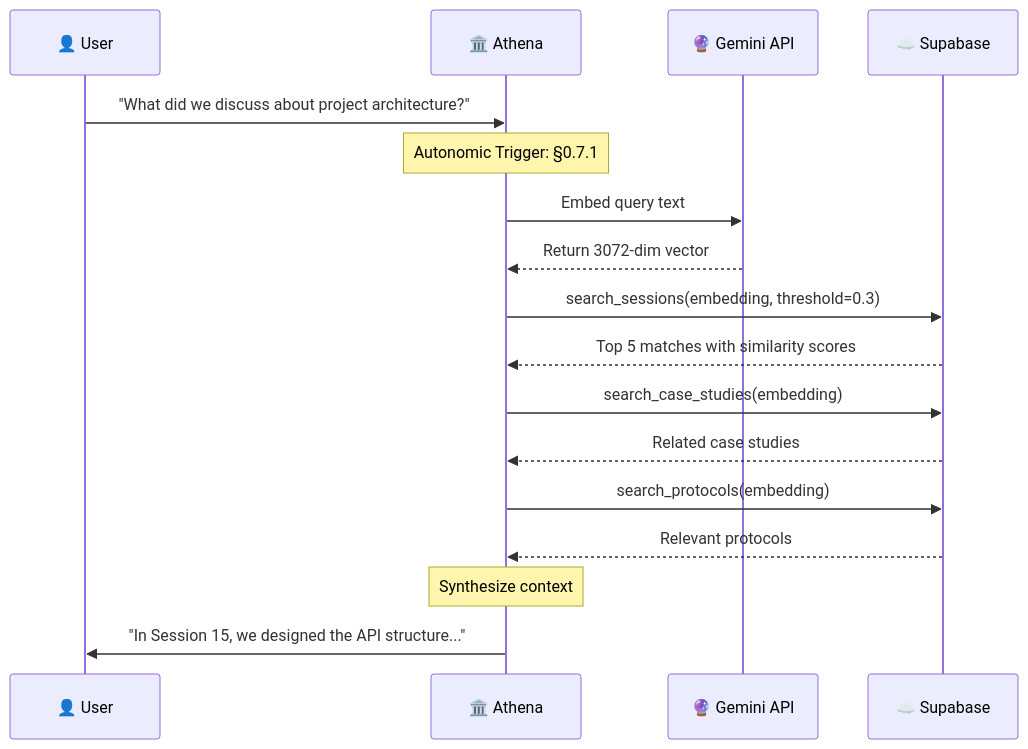
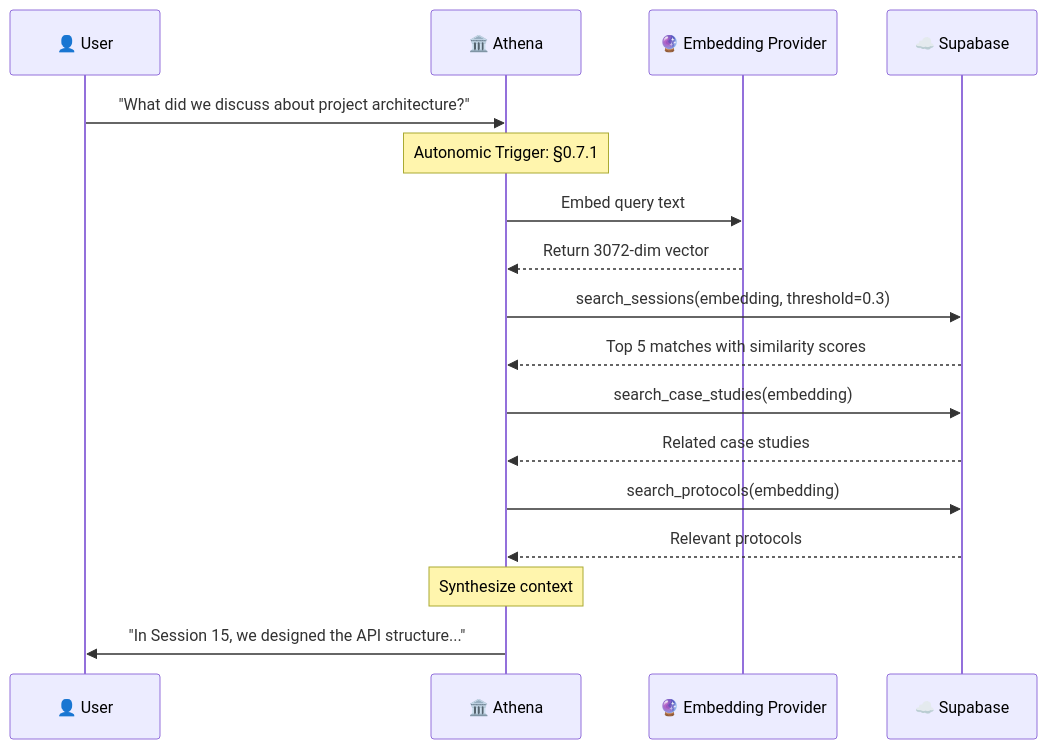
The second of 3 diagrams in docs/VECTORRAG.md (agent-memory-atlas-archive/winstonkoh87--Athena-Public), drawn with Mermaid before and after one commit. The commit also changed other lines of this file and 5 other files, not shown here.

````diff
--- a/docs/VECTORRAG.md
+++ b/docs/VECTORRAG.md
@@ -94,27 +94,27 @@
 ```mermaid
 sequenceDiagram
     participant U as 👤 User
     participant A as 🏛️ Athena
-    participant G as 🔮 Gemini API
+    participant G as 🔮 Embedding Provider
     participant S as ☁️ Supabase
     
     U->>A: "What did we discuss about project architecture?"
     
     Note over A: Autonomic Trigger: §0.7.1
     
     A->>G: Embed query text
     G-->>A: Return 3072-dim vector
     
     A->>S: search_sessions(embedding, threshold=0.3)
     S-->>A: Top 5 matches with similarity scores
     
     A->>S: search_case_studies(embedding)
     S-->>A: Related case studies
     
     A->>S: search_protocols(embedding)
     S-->>A: Relevant protocols
     
     Note over A: Synthesize context
     
     A->>U: "In Session 15, we designed the API structure..."
 ```
````
